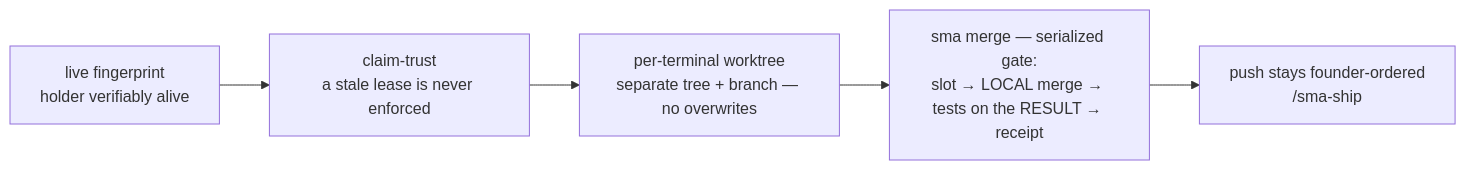
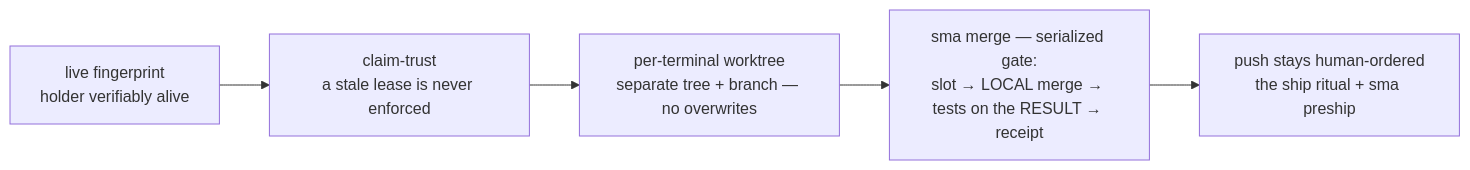
Before and after one commit to sma-framework/sma: the tenth of 24 diagrams in docs/DETAILS.md, drawn with Mermaid. The commit also changed other lines of this file and 1 other file, not shown here.

````diff
--- a/docs/DETAILS.md
+++ b/docs/DETAILS.md
@@ -408,7 +408,7 @@
 ```mermaid
 flowchart LR
     F["live fingerprint<br>holder verifiably alive"] --> CT["claim-trust<br>a stale lease is never enforced"]
     CT --> WT["per-terminal worktree<br>separate tree + branch — no overwrites"]
     WT --> MG["sma merge — serialized gate:<br>slot → LOCAL merge → tests on the RESULT → receipt"]
-    MG --> SHIP["push stays founder-ordered<br>/sma-ship"]
+    MG --> SHIP["push stays human-ordered<br>the ship ritual + sma preship"]
 ```
````
